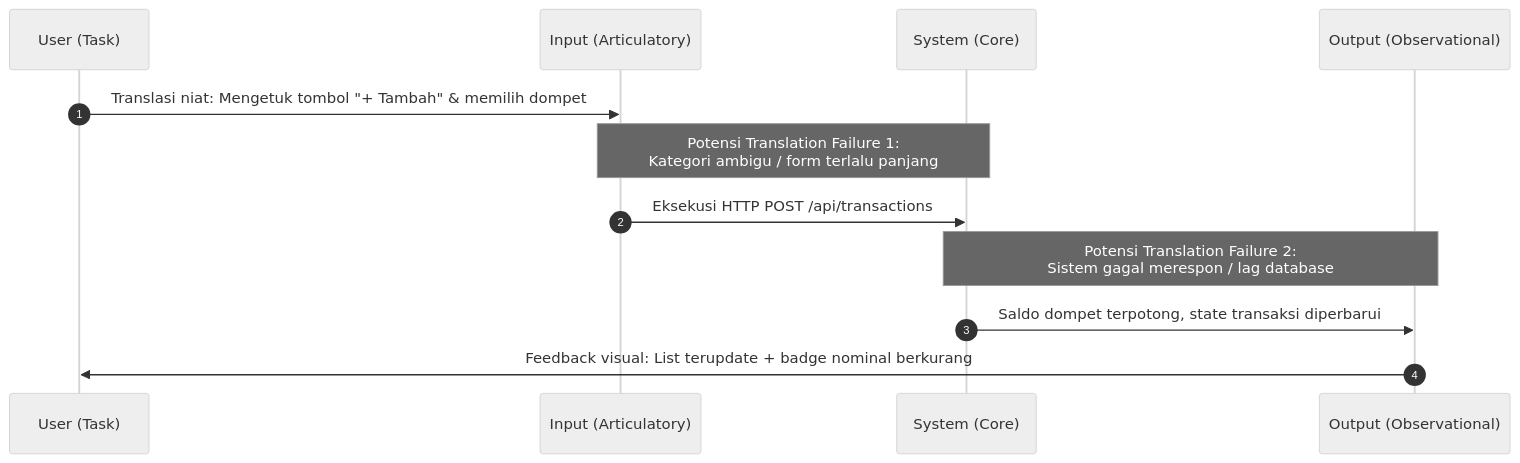
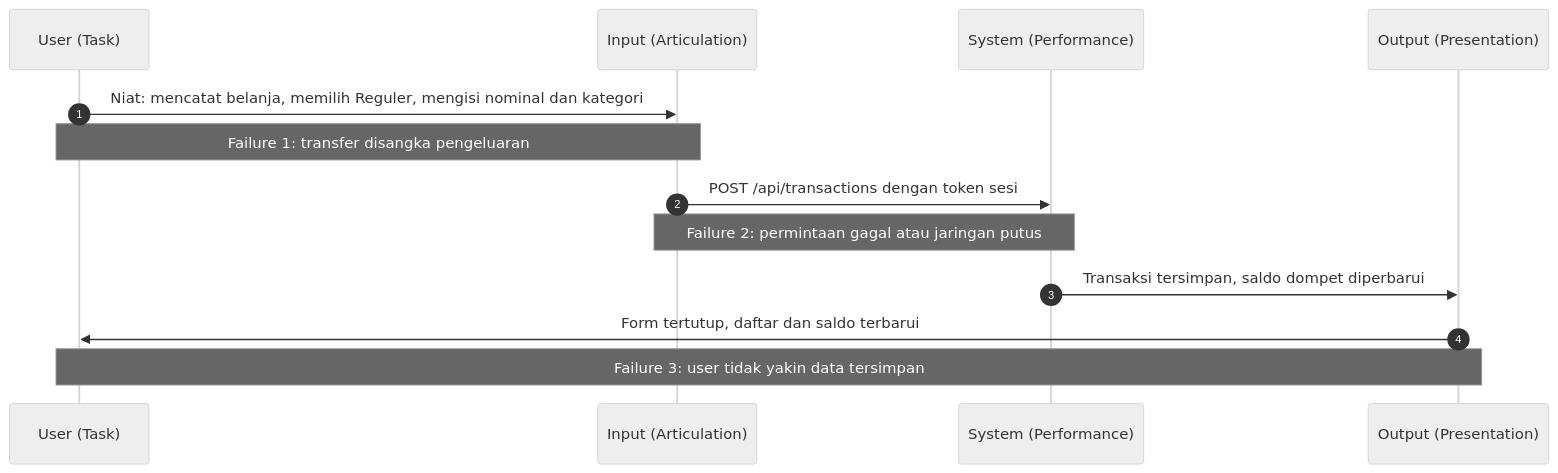
Before and after one commit to umaralf2735/Tabungan: the first of 3 diagrams in README.md, drawn with Mermaid (neutral theme). The commit also changed other lines of this file and 32 other files, not shown here.

````diff
--- a/README.md
+++ b/README.md
@@ -136,15 +146,16 @@
 ```mermaid
 sequenceDiagram
     autonumber
     participant U as User (Task)
-    participant I as Input (Articulatory)
-    participant S as System (Core)
-    participant O as Output (Observational)
-    
-    U->>I: Translasi niat: Mengetuk tombol "+ Tambah" & memilih dompet
-    Note over I,S: Potensi Translation Failure 1:<br/>Kategori ambigu / form terlalu panjang
-    I->>S: Eksekusi HTTP POST /api/transactions
-    Note over S,O: Potensi Translation Failure 2:<br/>Sistem gagal merespon / lag database
-    S->>O: Saldo dompet terpotong, state transaksi diperbarui
-    O->>U: Feedback visual: List terupdate + badge nominal berkurang
+    participant I as Input (Articulation)
+    participant S as System (Performance)
+    participant O as Output (Presentation)
+
+    U->>I: Niat: mencatat belanja, memilih Reguler, mengisi nominal dan kategori
+    Note over U,I: Failure 1: transfer disangka pengeluaran
+    I->>S: POST /api/transactions dengan token sesi
+    Note over I,S: Failure 2: permintaan gagal atau jaringan putus
+    S->>O: Transaksi tersimpan, saldo dompet diperbarui
+    O->>U: Form tertutup, daftar dan saldo terbarui
+    Note over O,U: Failure 3: user tidak yakin data tersimpan
 ```
````
